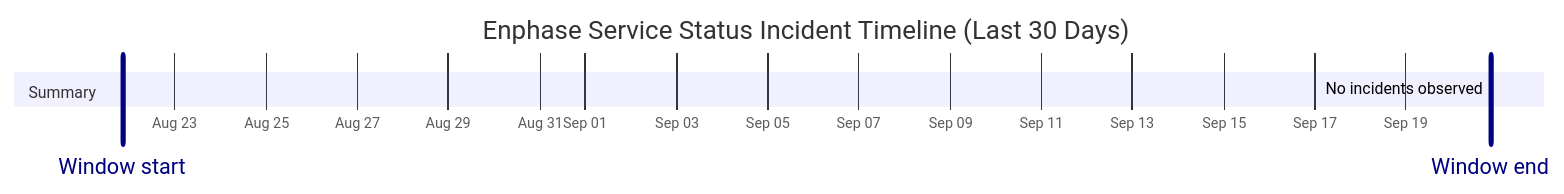
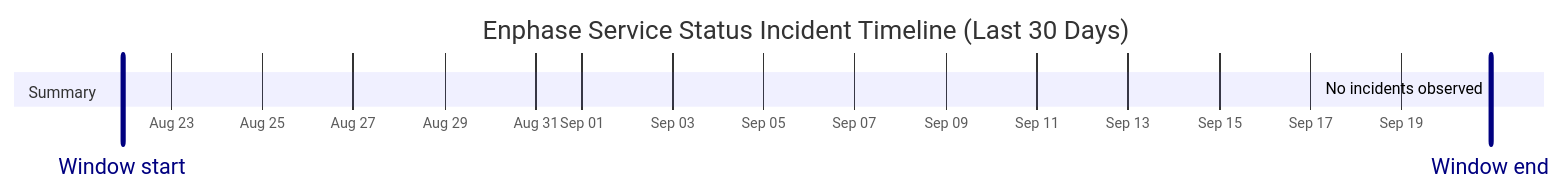
The diagram in wiki/Service-Status-History.md (barneyonline/ha-enphase-energy), drawn with Mermaid before and after one commit. The commit also changed other lines of this file and 3 other files, not shown here.

````diff
--- a/wiki/Service-Status-History.md
+++ b/wiki/Service-Status-History.md
@@ -14,10 +14,10 @@
 ```mermaid
 gantt
     title Enphase Service Status Incident Timeline (Last 30 Days)
     dateFormat  YYYY-MM-DDTHH:mm:ss
     axisFormat  %b %d
-    Window start :vert, window-start, 2026-08-21T20:20:57, 0ms
-    Window end :vert, window-end, 2026-09-20T20:20:57, 0ms
+    Window start :vert, window-start, 2026-08-21T22:36:13, 0ms
+    Window end :vert, window-end, 2026-09-20T22:36:13, 0ms
     section Summary
-    No incidents observed :done, 2026-09-20T20:20:57, 1m
+    No incidents observed :done, 2026-09-20T22:36:13, 1m
 ```
````
